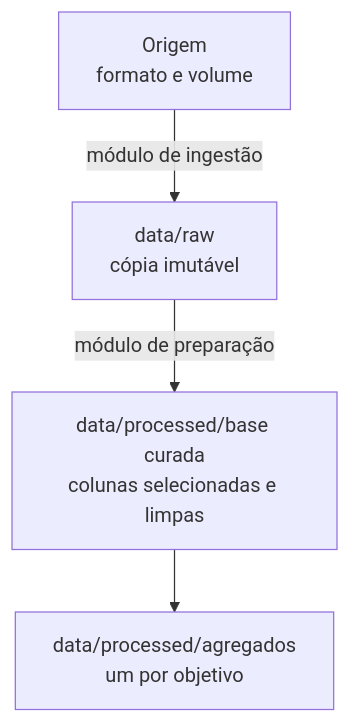
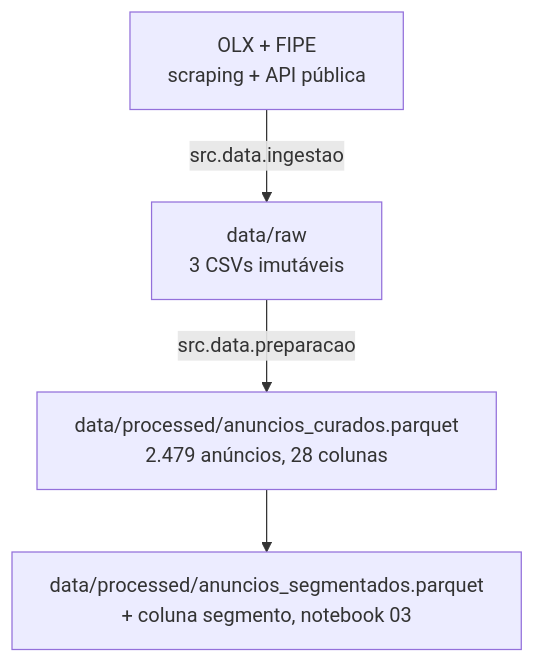
Before and after one commit to venicios1997/analise_veicular_fortaleza: the diagram in docs/preparacao.md, drawn with Mermaid. The commit also changed other lines of this file and 153 other files, not shown here.

````diff
--- a/docs/preparacao.md
+++ b/docs/preparacao.md
@@ -26,7 +9,7 @@
 ```mermaid
 flowchart TD
-    A["Origem<br/>formato e volume"] -->|"módulo de ingestão"| B
-    B["data/raw<br/>cópia imutável"] -->|"módulo de preparação"| C
-    C["data/processed/base curada<br/>colunas selecionadas e limpas"] --> D
-    D["data/processed/agregados<br/>um por objetivo"]
+    A["OLX + FIPE<br/>scraping + API pública"] -->|"src.data.ingestao"| B
+    B["data/raw<br/>3 CSVs imutáveis"] -->|"src.data.preparacao"| C
+    C["data/processed/anuncios_curados.parquet<br/>2.479 anúncios, 28 colunas"] --> D
+    D["data/processed/anuncios_segmentados.parquet<br/>+ coluna segmento, notebook 03"]
 ```
````
